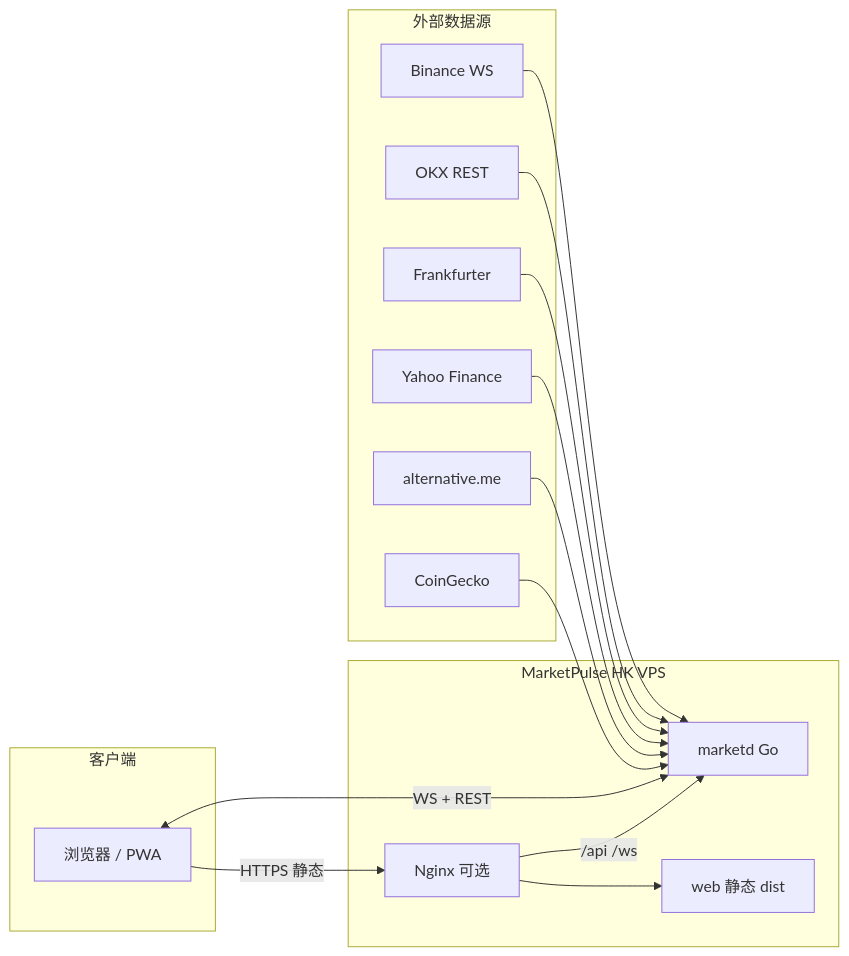
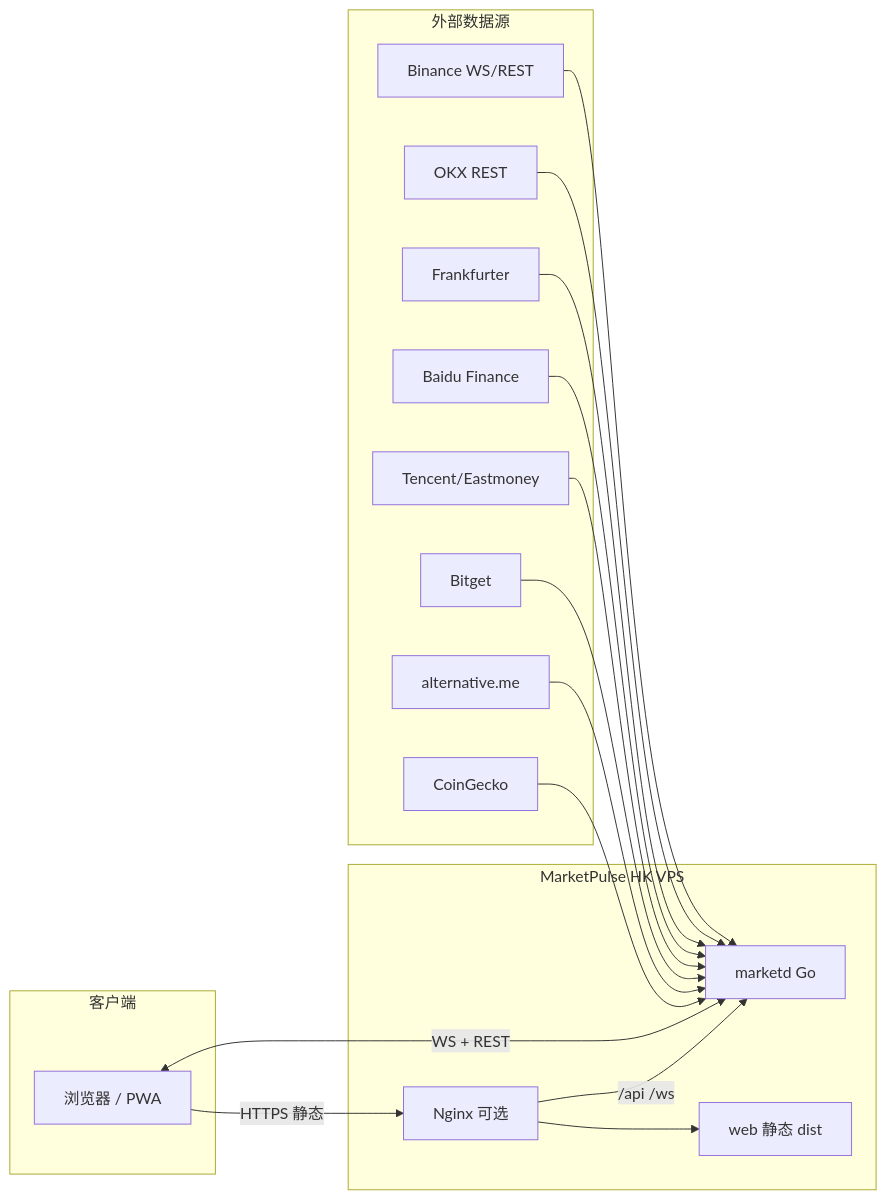
Before and after one commit to lzqqdy/marketpulse: the first of 3 diagrams in docs/RFC-001-architecture.md, drawn with Mermaid. The commit also changed other lines of this file and 22 other files, not shown here.

````diff
--- a/docs/RFC-001-architecture.md
+++ b/docs/RFC-001-architecture.md
@@ -52,28 +53,30 @@
 ```mermaid
 flowchart LR
     subgraph external [外部数据源]
-        BN[Binance WS]
+        BN[Binance WS/REST]
         OKX[OKX REST]
         FF[Frankfurter]
-        YF[Yahoo Finance]
+        BD[Baidu Finance]
+        TC[Tencent/Eastmoney]
+        BG[Bitget]
         FNG[alternative.me]
         CG[CoinGecko]
     end
 
     subgraph marketpulse [MarketPulse HK VPS]
         MD[marketd Go]
         NG[Nginx 可选]
         WEB[web 静态 dist]
     end
 
     subgraph client [客户端]
         BR[浏览器 / PWA]
     end
 
     BN --> MD
-    OKX & FF & YF & FNG & CG --> MD
+    OKX & FF & BD & TC & BG & FNG & CG --> MD
     BR <-->|WS + REST| MD
     BR -->|HTTPS 静态| NG
     NG --> WEB
     NG -->|/api /ws| MD
 ```
````
